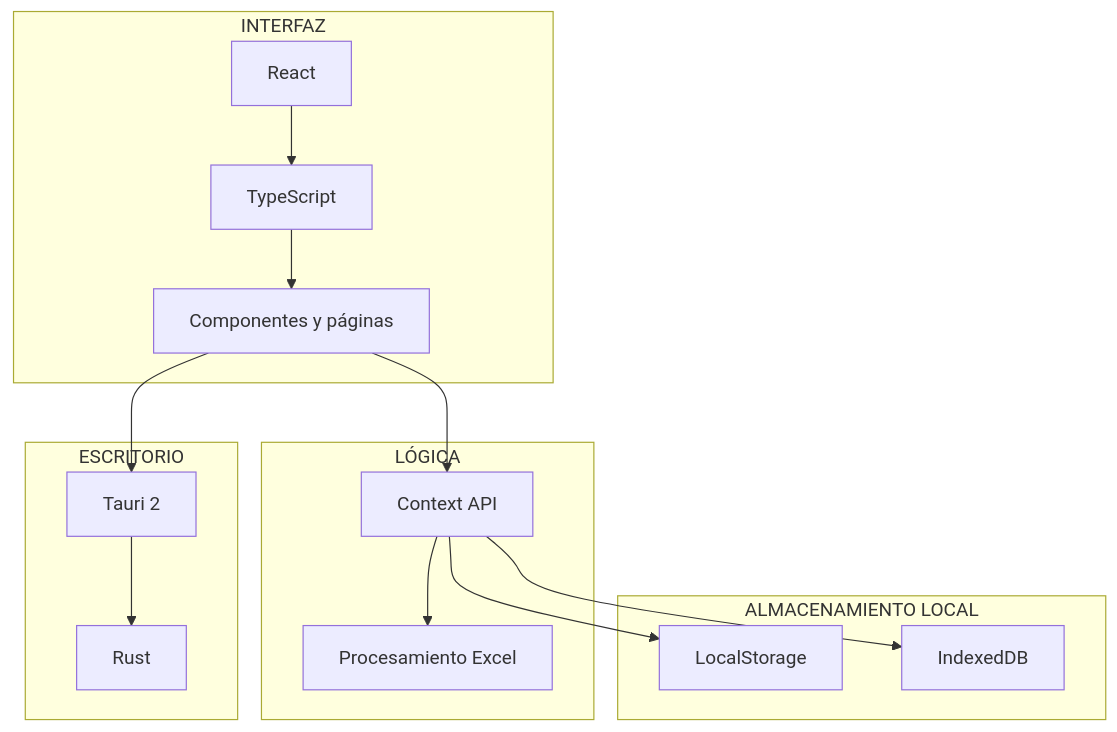
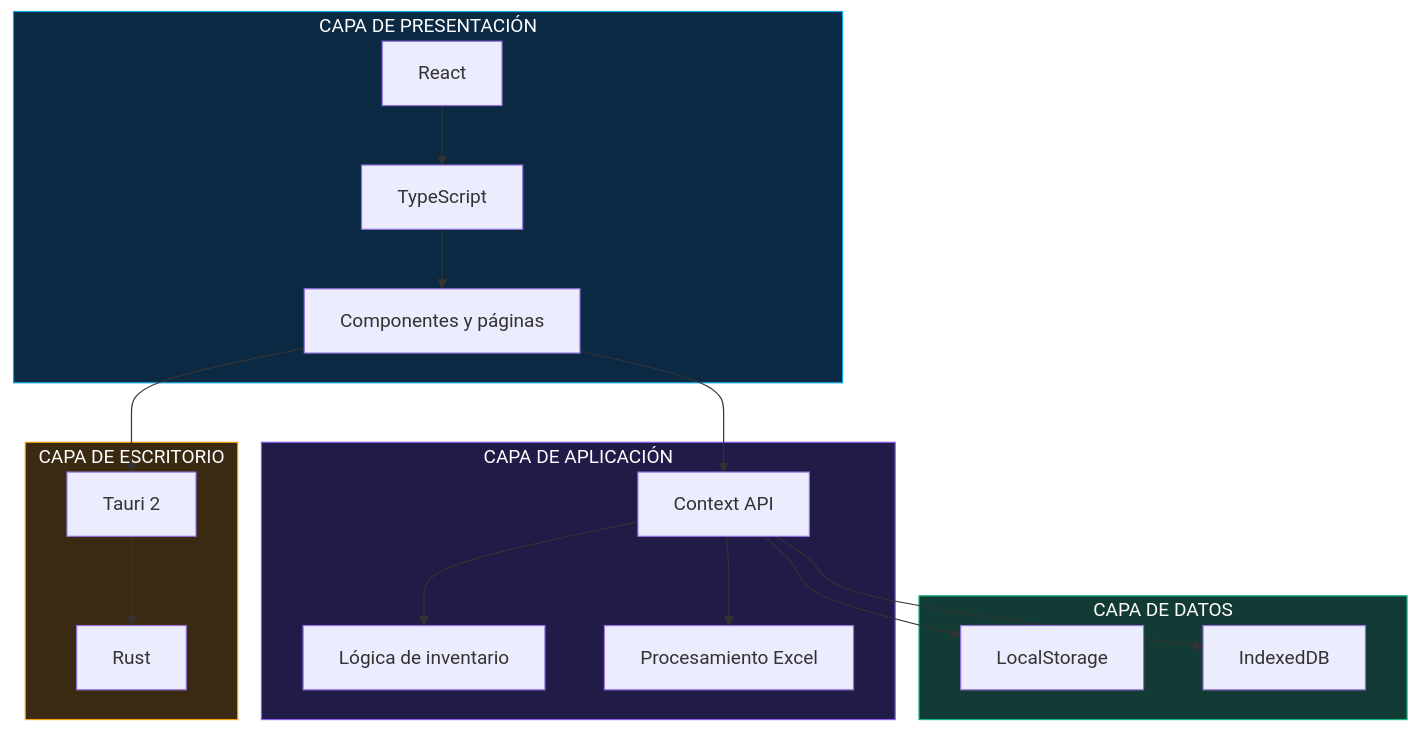
One commit to andremezabarriga314/Sistema_de_Almacenes changed the second of 2 diagrams in README.md. Above: the diagram before and after it, drawn with Mermaid. The commit also changed other lines of this file, not shown here.

````diff
--- a/README.md
+++ b/README.md
@@ -70,25 +158,37 @@
 ```mermaid
 flowchart TB
- subgraph FRONTEND["INTERFAZ"]
-  A["React"]
-  B["TypeScript"]
-  C["Componentes y páginas"]
- end
- subgraph LOGIC["LÓGICA"]
-  D["Context API"]
-  E["Procesamiento Excel"]
- end
- subgraph STORAGE["ALMACENAMIENTO LOCAL"]
-  F["LocalStorage"]
-  G["IndexedDB"]
- end
- subgraph DESKTOP["ESCRITORIO"]
-  H["Tauri 2"]
-  I["Rust"]
- end
- A --> B --> C --> D
- D --> E
- D --> F
- D --> G
- C --> H --> I
+    subgraph FRONT["CAPA DE PRESENTACIÓN"]
+        A["React"]
+        B["TypeScript"]
+        C["Componentes y páginas"]
+    end
+
+    subgraph BUSINESS["CAPA DE APLICACIÓN"]
+        D["Context API"]
+        E["Lógica de inventario"]
+        F["Procesamiento Excel"]
+    end
+
+    subgraph PERSISTENCE["CAPA DE DATOS"]
+        G["LocalStorage"]
+        H["IndexedDB"]
+    end
+
+    subgraph NATIVE["CAPA DE ESCRITORIO"]
+        I["Tauri 2"]
+        J["Rust"]
+    end
+
+    A --> B --> C
+    C --> D
+    D --> E
+    D --> F
+    D --> G
+    D --> H
+    C --> I --> J
+
+    style FRONT fill:#0c2944,stroke:#0ea5e9,color:#fff
+    style BUSINESS fill:#211b48,stroke:#8b5cf6,color:#fff
+    style PERSISTENCE fill:#123b35,stroke:#10b981,color:#fff
+    style NATIVE fill:#3b2a12,stroke:#f59e0b,color:#fff
 ```
````
